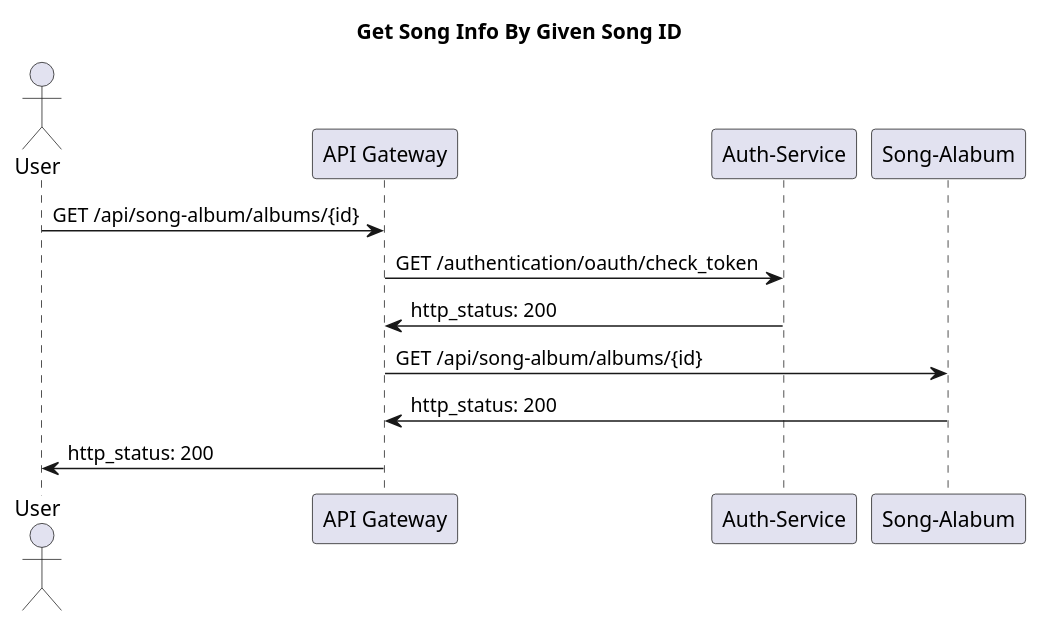
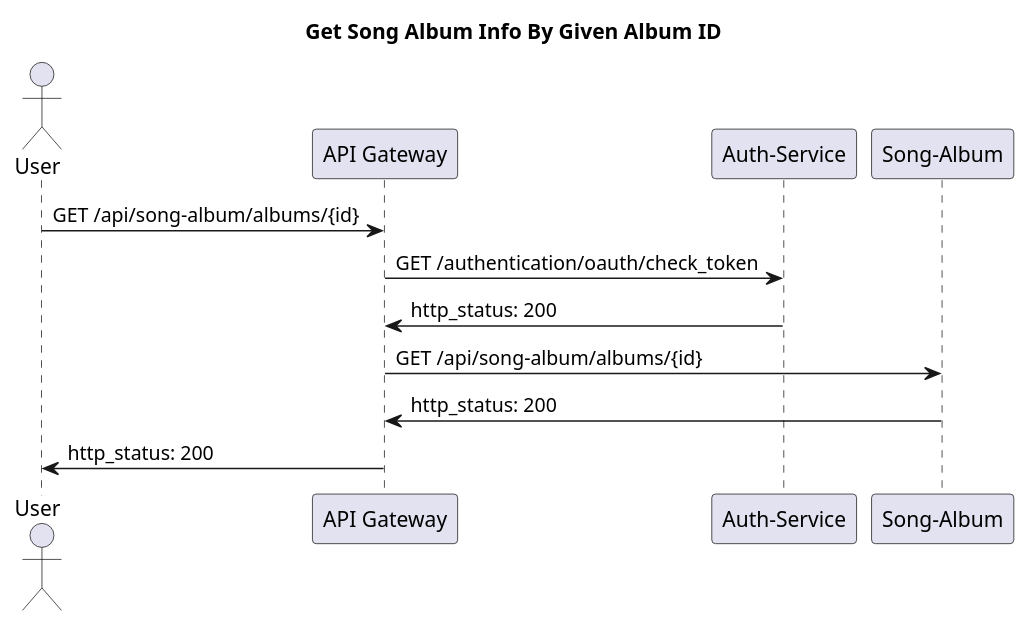
The diagram in sequence-diagram/get-song-alabum-info.wsd (PheaSoy/java-microservice-completed-solution), drawn with PlantUML before and after one commit. The commit also changed 16 other files, not shown here.

Commit message:
Adding controller for song album.

```diff
--- a/sequence-diagram/get-song-alabum-info.wsd
+++ b/sequence-diagram/get-song-alabum-info.wsd
@@ -1,15 +1,15 @@
 @startuml
-    title : Get Song Info By Given Song ID
+    title : Get Song Album Info By Given Album ID
     actor "User" as user
     participant "API Gateway" as api_gw
     participant "Auth-Service" as auth
-    participant "Song-Alabum" as song_alabum
+    participant "Song-Album" as song_album
 
     user -> api_gw: GET /api/song-album/albums/{id}
     api_gw -> auth: GET /authentication/oauth/check_token
     api_gw <- auth: http_status: 200
-    api_gw -> song_alabum: GET /api/song-album/albums/{id}
-    api_gw <- song_alabum: http_status: 200
+    api_gw -> song_album: GET /api/song-album/albums/{id}
+    api_gw <- song_album: http_status: 200
     user <- api_gw: http_status: 200
     
 @enduml
```
